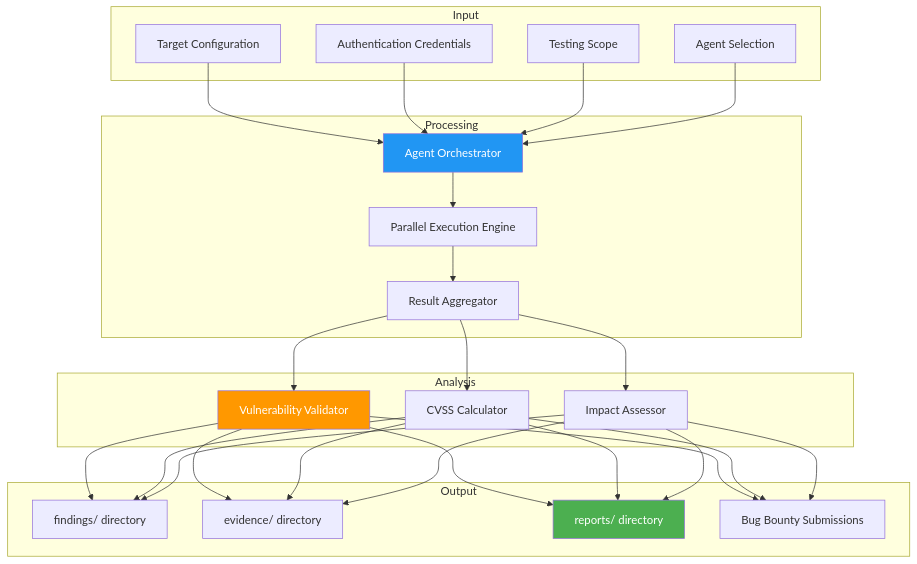
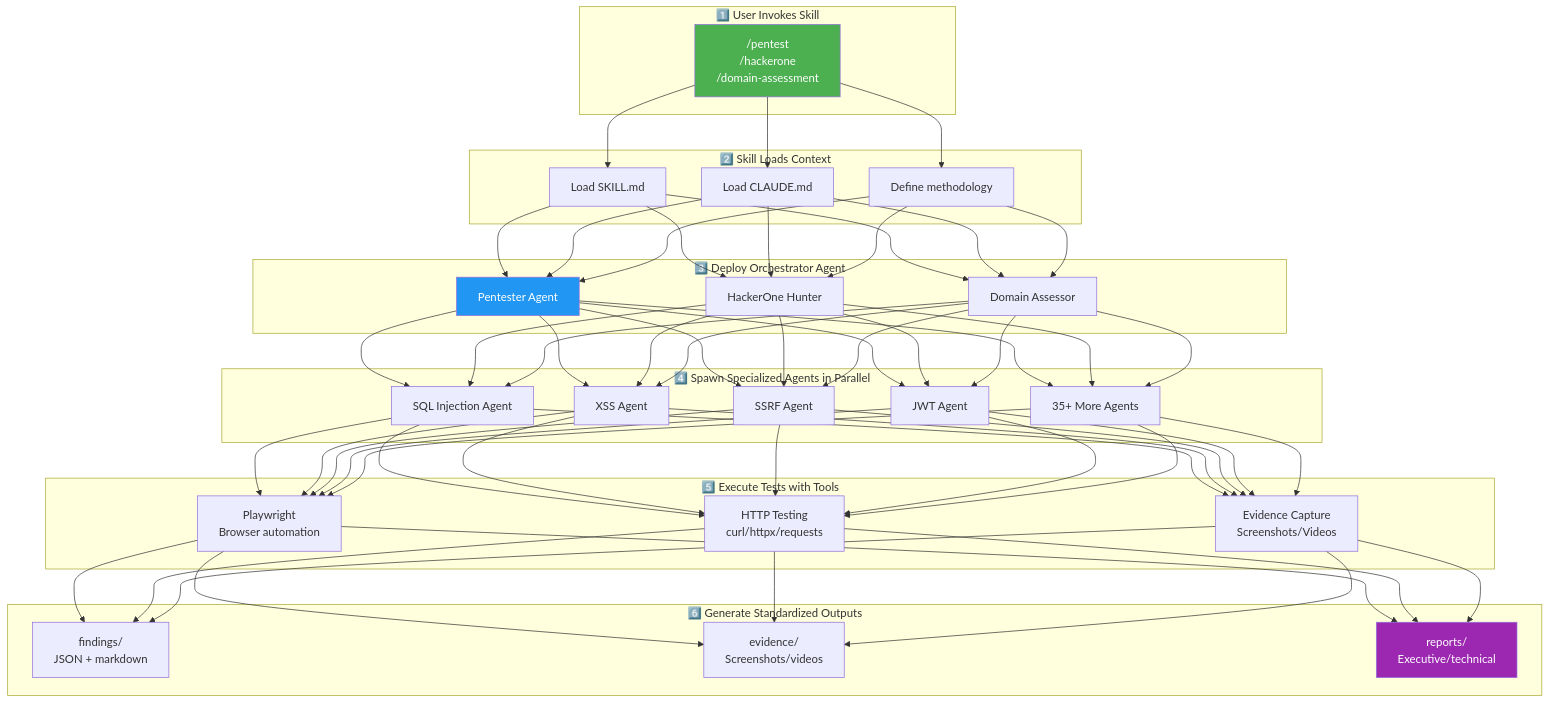
Before and after one commit to l0h1nth/communitytools: the third of 5 diagrams in README.md, drawn with Mermaid. The commit also changed other lines of this file and 7 other files, not shown here.

Commit message:
2fa and authentication skill

````diff
--- a/README.md
+++ b/README.md
@@ -398,38 +545,48 @@
 ```mermaid
-flowchart TD
-    subgraph Input
-        A[Target Configuration]
-        B[Authentication Credentials]
-        C[Testing Scope]
-        D[Agent Selection]
+flowchart TB
+    subgraph "1️⃣ User Invokes Skill"
+        A["/pentest<br/>/hackerone<br/>/domain-assessment"]
     end
-    
-    subgraph Processing
-        E[Agent Orchestrator]
-        F[Parallel Execution Engine]
-        G[Result Aggregator]
+
+    subgraph "2️⃣ Skill Loads Context"
+        B1[Load SKILL.md]
+        B2[Load CLAUDE.md]
+        B3[Define methodology]
     end
-    
-    subgraph Analysis
-        H[Vulnerability Validator]
-        I[CVSS Calculator]
-        J[Impact Assessor]
+
+    subgraph "3️⃣ Deploy Orchestrator Agent"
+        C1[Pentester Agent]
+        C2[HackerOne Hunter]
+        C3[Domain Assessor]
     end
-    
-    subgraph Output
-        K[findings/ directory]
-        L[evidence/ directory]
-        M[reports/ directory]
-        N[Bug Bounty Submissions]
+
+    subgraph "4️⃣ Spawn Specialized Agents in Parallel"
+        D1[SQL Injection Agent]
+        D2[XSS Agent]
+        D3[SSRF Agent]
+        D4[JWT Agent]
+        D5[35+ More Agents]
     end
-    
-    A & B & C & D --> E
-    E --> F
-    F --> G
-    G --> H & I & J
-    H & I & J --> K & L & M & N
-    
-    style E fill:#2196F3,color:#fff
-    style H fill:#FF9800,color:#fff
-    style M fill:#4CAF50,color:#fff
+
+    subgraph "5️⃣ Execute Tests with Tools"
+        E1[Playwright<br/>Browser automation]
+        E2[HTTP Testing<br/>curl/httpx/requests]
+        E3[Evidence Capture<br/>Screenshots/Videos]
+    end
+
+    subgraph "6️⃣ Generate Standardized Outputs"
+        F1[findings/<br/>JSON + markdown]
+        F2[evidence/<br/>Screenshots/videos]
+        F3[reports/<br/>Executive/technical]
+    end
+
+    A --> B1 & B2 & B3
+    B1 & B2 & B3 --> C1 & C2 & C3
+    C1 & C2 & C3 --> D1 & D2 & D3 & D4 & D5
+    D1 & D2 & D3 & D4 & D5 --> E1 & E2 & E3
+    E1 & E2 & E3 --> F1 & F2 & F3
+
+    style A fill:#4CAF50,color:#fff
+    style C1 fill:#2196F3,color:#fff
+    style F3 fill:#9C27B0,color:#fff
 ```
````
